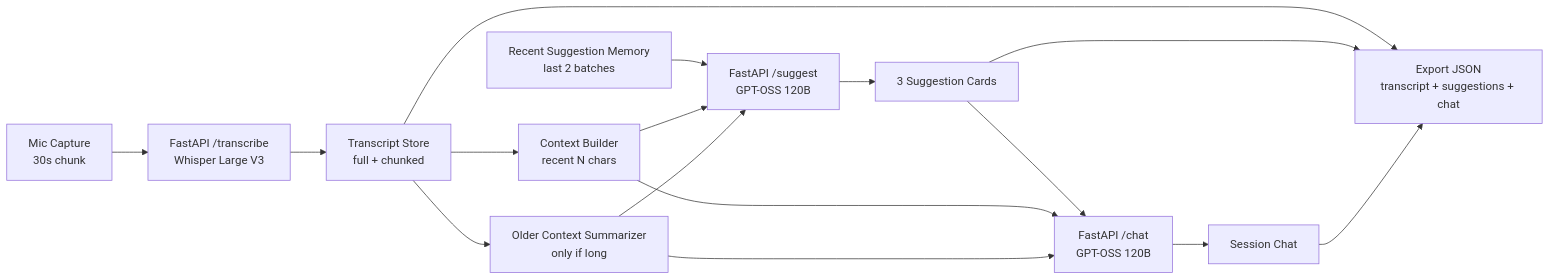
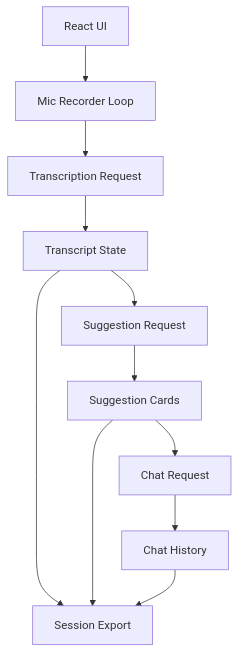
Before and after one commit to S-atvikSingh/TwinMind-Live-Copilot: the first of 3 diagrams in README.md, drawn with Mermaid. The commit also changed other lines of this file and 17 other files, not shown here.

Commit message:
Refactor: Migrate to React + Vite, add updated prompts  and fix suggestion context slicing logic

````diff
--- a/README.md
+++ b/README.md
@@ -72,18 +61,13 @@
 ```mermaid
-flowchart LR
-    A[Mic Capture<br/>30s chunk] --> B[FastAPI /transcribe<br/>Whisper Large V3]
-    B --> C[Transcript Store<br/>full + chunked]
-    C --> D[Context Builder<br/>recent N chars]
-    C --> E[Older Context Summarizer<br/>only if long]
-    F[Recent Suggestion Memory<br/>last 2 batches] --> G[FastAPI /suggest<br/>GPT-OSS 120B]
-    D --> G
-    E --> G
-    G --> H[3 Suggestion Cards]
-    H --> I[FastAPI /chat<br/>GPT-OSS 120B]
-    D --> I
-    E --> I
-    I --> J[Session Chat]
-    C --> K[Export JSON<br/>transcript + suggestions + chat]
-    H --> K
-    J --> K
+flowchart TD
+  A[React UI] --> B[Mic Recorder Loop]
+  B --> C[Transcription Request]
+  C --> D[Transcript State]
+  D --> E[Suggestion Request]
+  E --> F[Suggestion Cards]
+  F --> G[Chat Request]
+  G --> H[Chat History]
+  D --> I[Session Export]
+  F --> I
+  H --> I
 ```
````
